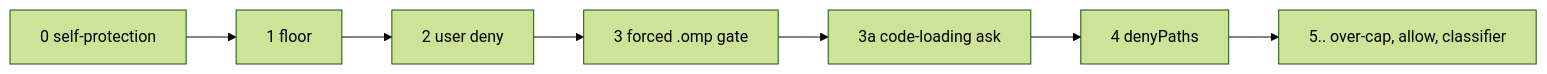
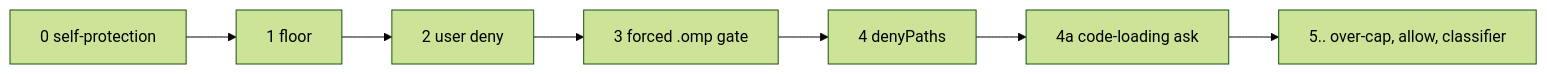
One commit to jonatsu/pi-verdict changed the diagram in docs/adr/0011-code-loading-ask.md. Above: the diagram before and after it, drawn with Mermaid (forest theme). The commit also changed other lines of this file and 5 other files, not shown here.

First line of the commit message:
docs: move the code-loading ask after denyPaths and widen its set

````diff
--- a/docs/adr/0011-code-loading-ask.md
+++ b/docs/adr/0011-code-loading-ask.md
@@ -40,5 +42,5 @@
    ```mermaid
    flowchart LR
      SP[0 self-protection] --> F[1 floor] --> UD[2 user deny] --> OG[3 forced .omp gate]
-     OG --> CL[3a code-loading ask] --> DP[4 denyPaths] --> REST[5.. over-cap, allow, classifier]
+     OG --> DP[4 denyPaths] --> CL[4a code-loading ask] --> REST[5.. over-cap, allow, classifier]
    ```
````
